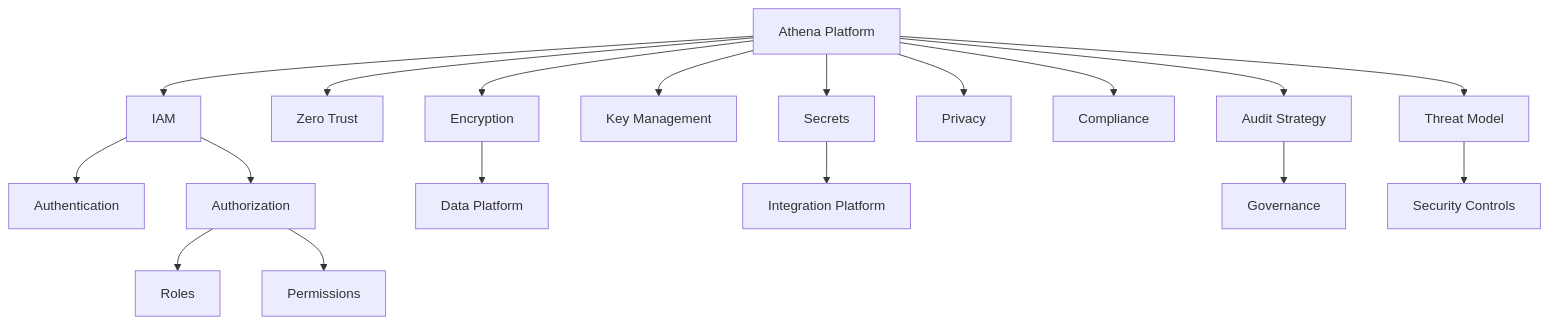
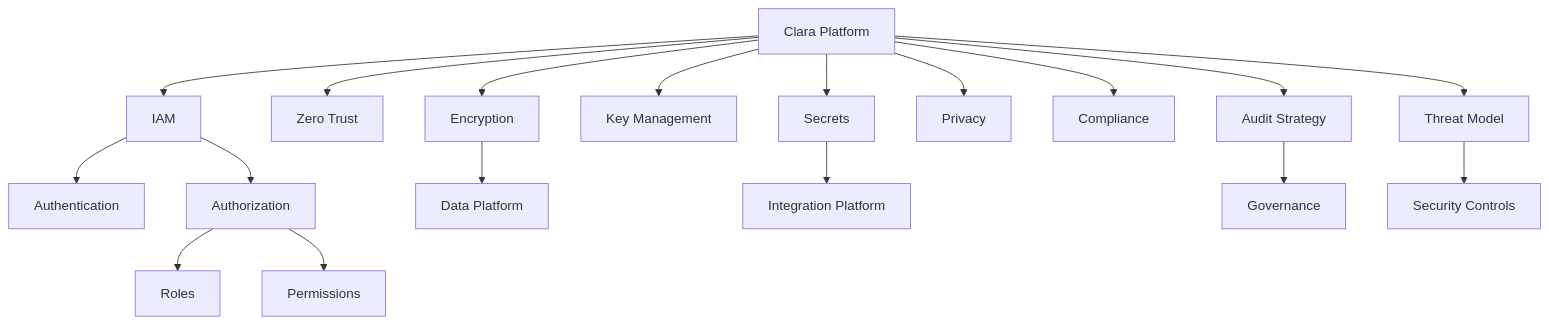
Before and after one commit to VaxXinE/CLARA: the diagram in docs/BOOK-02-Master-Blueprint/PART-07-Security-Platform/README.md, drawn with Mermaid. The commit also changed other lines of this file and 529 other files, not shown here.

````diff
--- a/docs/BOOK-02-Master-Blueprint/PART-07-Security-Platform/README.md
+++ b/docs/BOOK-02-Master-Blueprint/PART-07-Security-Platform/README.md
@@ -100,22 +100,22 @@
 ```mermaid
 flowchart TD
-    Platform[Athena Platform] --> IAM[IAM]
+    Platform[Clara Platform] --> IAM[IAM]
     Platform --> ZeroTrust[Zero Trust]
     Platform --> Encryption[Encryption]
     Platform --> Keys[Key Management]
     Platform --> Secrets[Secrets]
     Platform --> Privacy[Privacy]
     Platform --> Compliance[Compliance]
     Platform --> Audit[Audit Strategy]
     Platform --> Threats[Threat Model]
 
     IAM --> AuthN[Authentication]
     IAM --> AuthZ[Authorization]
     AuthZ --> Roles[Roles]
     AuthZ --> Permissions[Permissions]
 
     Encryption --> Data[Data Platform]
     Secrets --> Integrations[Integration Platform]
     Audit --> Governance[Governance]
     Threats --> Controls[Security Controls]
 ```
````
